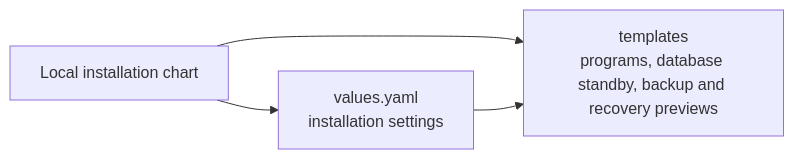
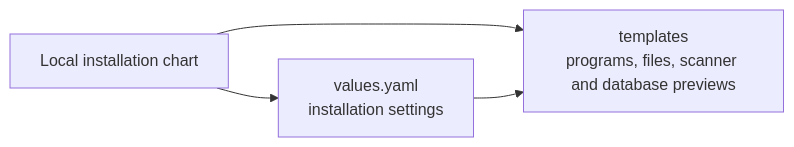
One commit to elewa-git/opencrane-new changed the diagram in infra/package/chart/templates/README.md. Above: the diagram before and after it, drawn with Mermaid. The commit also changed other lines of this file and 46 other files, not shown here.

````diff
--- a/infra/package/chart/templates/README.md
+++ b/infra/package/chart/templates/README.md
@@ -47,6 +49,6 @@
 ```mermaid
 flowchart LR
-  chart["Local installation chart"] --> templates["templates<br/>programs, database standby, backup and recovery previews"]
+  chart["Local installation chart"] --> templates["templates<br/>programs, files, scanner and database previews"]
   chart --> values["values.yaml<br/>installation settings"]
   values --> templates
 ```
````
